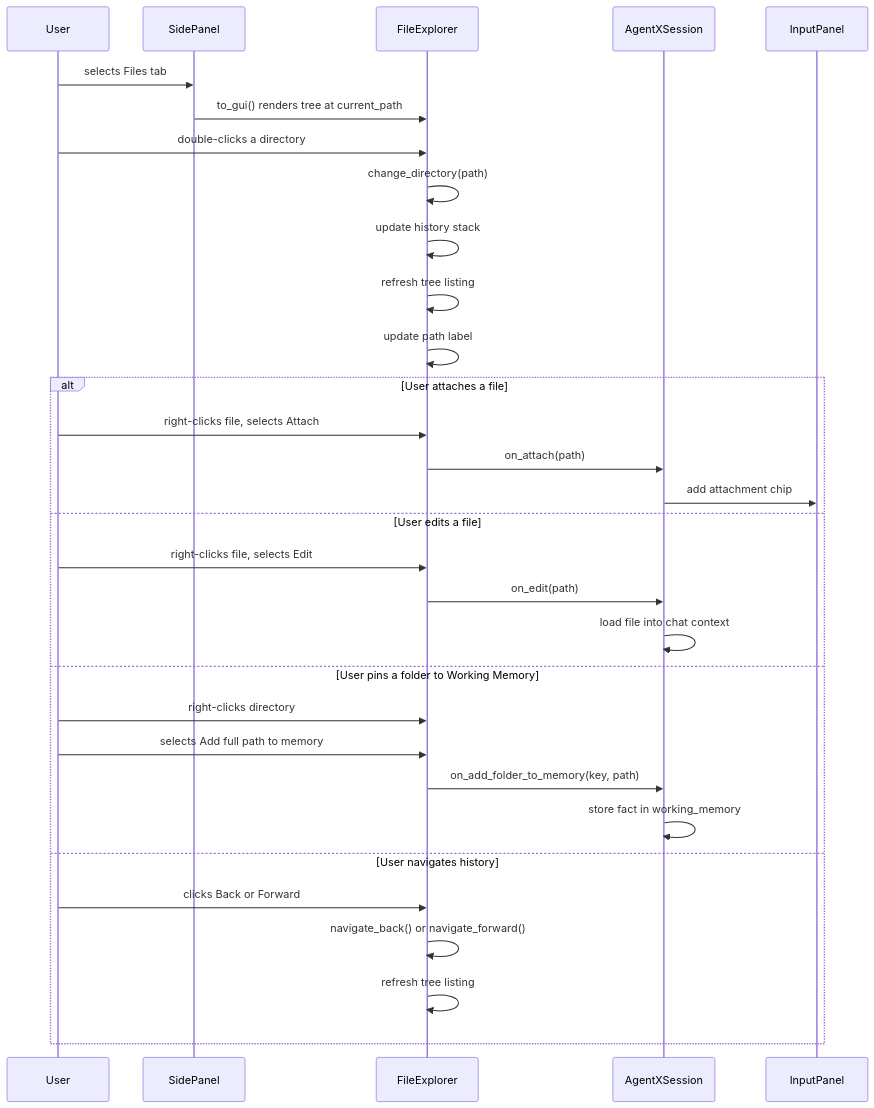
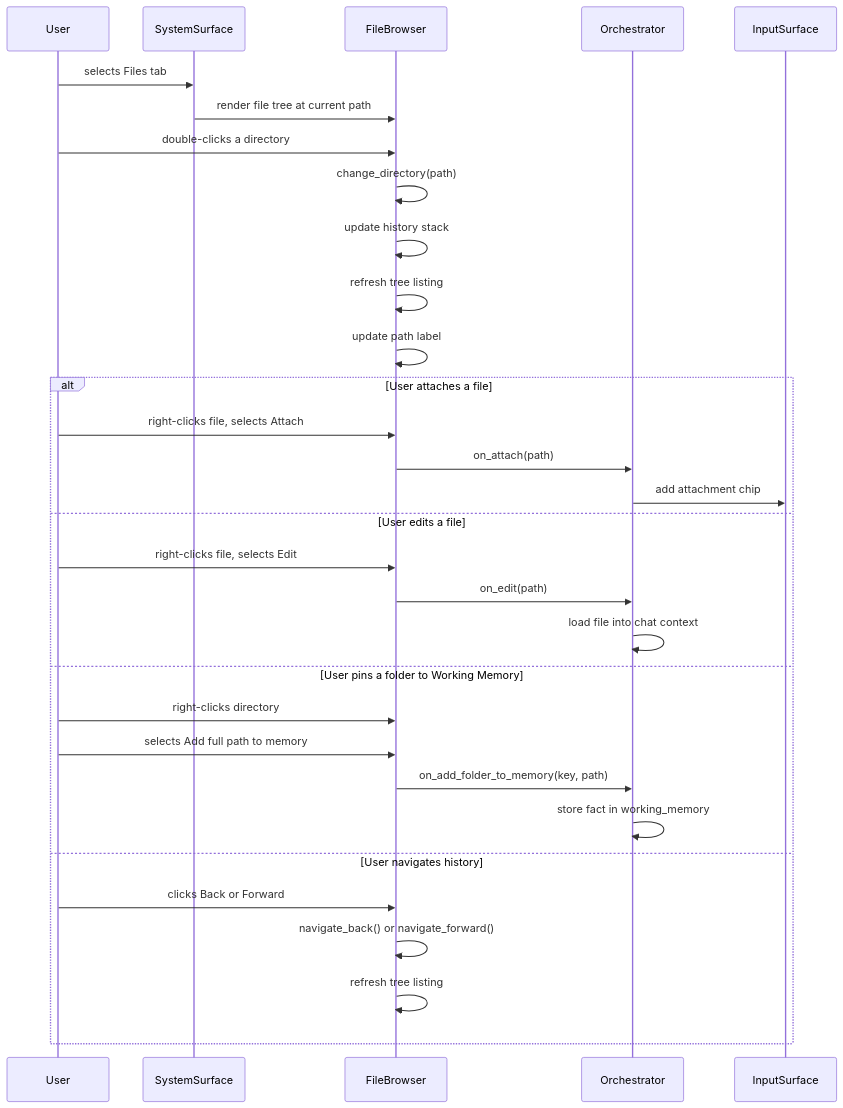
One commit to matthewapeters/agentX changed diagram 11 of 14 in docs/ux/02_USER_FLOWS.md. Above: the diagram before and after it, drawn with Mermaid. The commit also changed other lines of this file and 336 other files, not shown here.

````diff
--- a/docs/ux/02_USER_FLOWS.md
+++ b/docs/ux/02_USER_FLOWS.md
@@ -317,35 +323,35 @@
 ```mermaid
 sequenceDiagram
     participant User
-    participant SidePanel
-    participant FileExplorer
-    participant Session as AgentXSession
-    participant InputPanel
+    participant SystemSurface
+    participant FileBrowser
+    participant Session as Orchestrator
+    participant InputSurface
 
-    User->>SidePanel: selects Files tab
-    SidePanel->>FileExplorer: to_gui() renders tree at current_path
-    User->>FileExplorer: double-clicks a directory
-    FileExplorer->>FileExplorer: change_directory(path)
-    FileExplorer->>FileExplorer: update history stack
-    FileExplorer->>FileExplorer: refresh tree listing
-    FileExplorer->>FileExplorer: update path label
+    User->>SystemSurface: selects Files tab
+    SystemSurface->>FileBrowser: render file tree at current path
+    User->>FileBrowser: double-clicks a directory
+    FileBrowser->>FileBrowser: change_directory(path)
+    FileBrowser->>FileBrowser: update history stack
+    FileBrowser->>FileBrowser: refresh tree listing
+    FileBrowser->>FileBrowser: update path label
 
     alt User attaches a file
-        User->>FileExplorer: right-clicks file, selects Attach
-        FileExplorer->>Session: on_attach(path)
-        Session->>InputPanel: add attachment chip
+        User->>FileBrowser: right-clicks file, selects Attach
+        FileBrowser->>Session: on_attach(path)
+        Session->>InputSurface: add attachment chip
     else User edits a file
-        User->>FileExplorer: right-clicks file, selects Edit
-        FileExplorer->>Session: on_edit(path)
+        User->>FileBrowser: right-clicks file, selects Edit
+        FileBrowser->>Session: on_edit(path)
         Session->>Session: load file into chat context
     else User pins a folder to Working Memory
-        User->>FileExplorer: right-clicks directory
-        User->>FileExplorer: selects Add full path to memory
-        FileExplorer->>Session: on_add_folder_to_memory(key, path)
+        User->>FileBrowser: right-clicks directory
+        User->>FileBrowser: selects Add full path to memory
+        FileBrowser->>Session: on_add_folder_to_memory(key, path)
         Session->>Session: store fact in working_memory
     else User navigates history
-        User->>FileExplorer: clicks Back or Forward
-        FileExplorer->>FileExplorer: navigate_back() or navigate_forward()
-        FileExplorer->>FileExplorer: refresh tree listing
+        User->>FileBrowser: clicks Back or Forward
+        FileBrowser->>FileBrowser: navigate_back() or navigate_forward()
+        FileBrowser->>FileBrowser: refresh tree listing
     end
 ```
````
